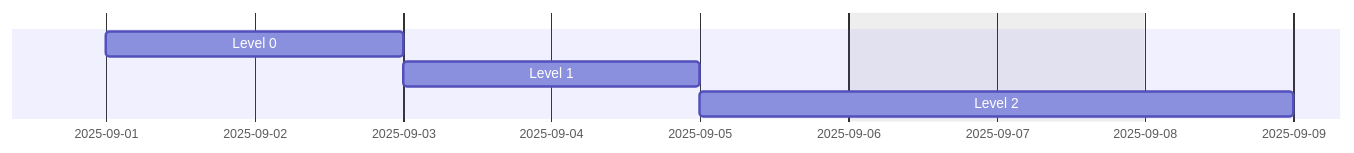
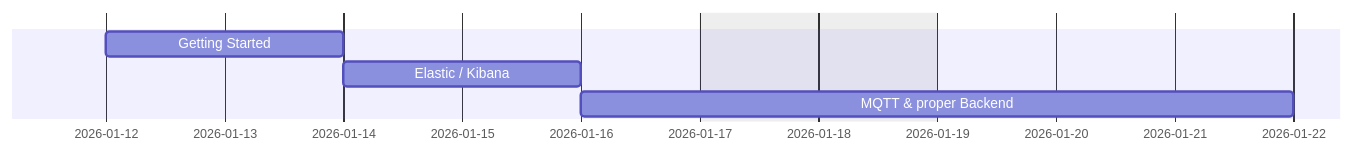
The diagram in level-0/README.md (M1chaCH/FHNW-indoor-climate), drawn with Mermaid before and after one commit. The commit also changed other lines of this file and 35 other files, not shown here.

````diff
--- a/level-0/README.md
+++ b/level-0/README.md
@@ -4,9 +4,9 @@
 ```mermaid
 gantt
     dateFormat YYYY-MM-DD
     tickInterval 1day
     excludes Saturday, Sunday
-    Level 0 :t0, 2025-09-01, 2d
-    Level 1 :t1, after t0, 2d
-    Level 2 :t2, after t1, 2d
+    Getting Started :t0, 2026-01-12, 2d
+    Elastic / Kibana :t1, after t0, 2d
+    MQTT & proper Backend :t2, after t1, 4d
 ```
````
